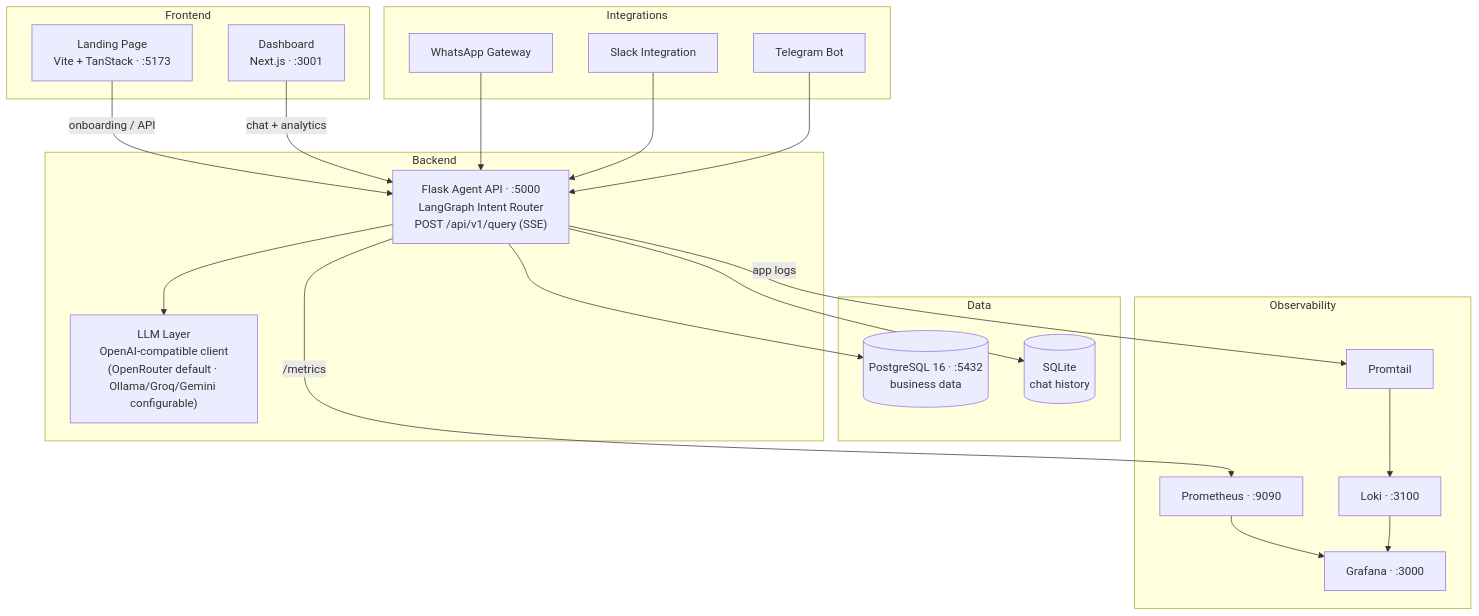
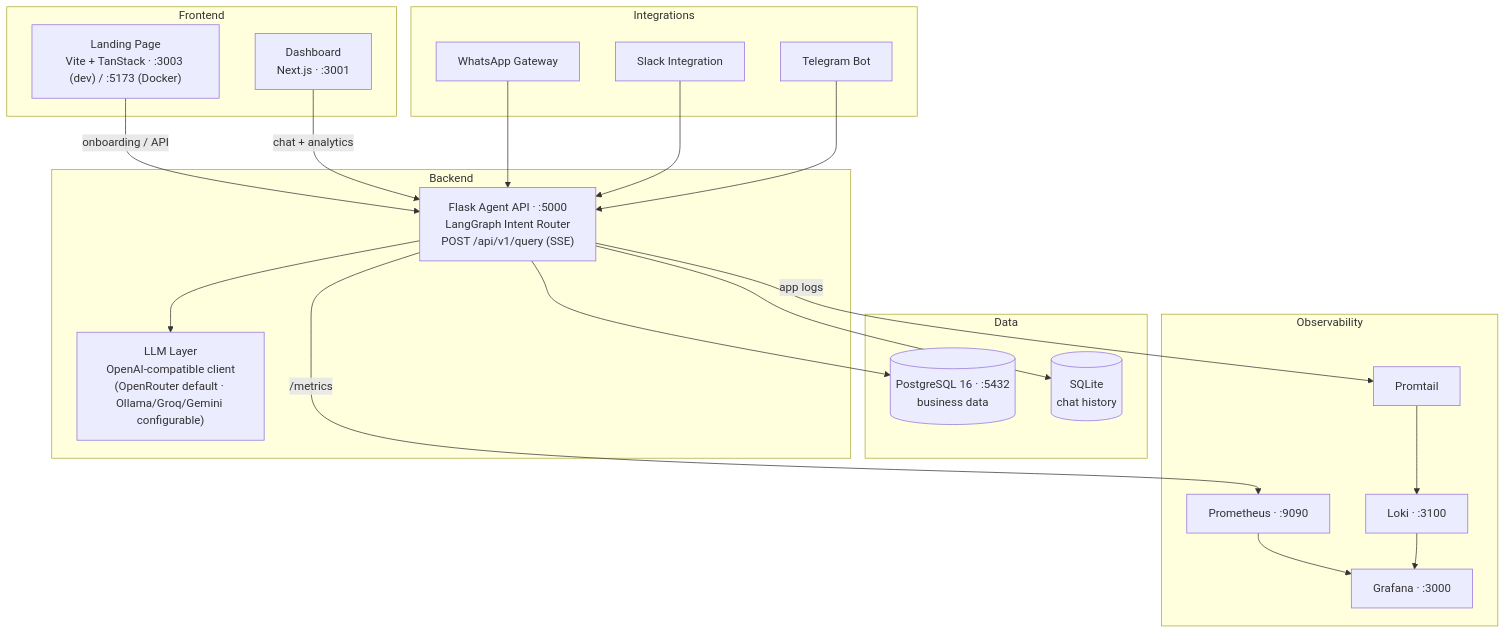
One commit to mohitkumhar/business-ai-agent changed the first of 2 diagrams in docs/ARCHITECTURE.md. Above: the diagram before and after it, drawn with Mermaid. The commit also changed 7 other files, not shown here.

First line of the commit message:
docs: fix incorrect landing page dev port in README and related docs

````diff
--- a/docs/ARCHITECTURE.md
+++ b/docs/ARCHITECTURE.md
@@ -15,45 +15,45 @@
 ```mermaid
 flowchart TD
     subgraph Frontend
-        LP["Landing Page<br/>Vite + TanStack · :5173"]
+        LP["Landing Page<br/>Vite + TanStack · :3003 (dev) / :5173 (Docker)"]
         DASH["Dashboard<br/>Next.js · :3001"]
     end
 
     subgraph Integrations
         WA["WhatsApp Gateway"]
         SL["Slack Integration"]
         TG["Telegram Bot"]
     end
 
     subgraph Backend
         API["Flask Agent API · :5000<br/>LangGraph Intent Router<br/>POST /api/v1/query (SSE)"]
         LLM["LLM Layer<br/>OpenAI-compatible client<br/>(OpenRouter default · Ollama/Groq/Gemini configurable)"]
     end
 
     subgraph Data
         PG[("PostgreSQL 16 · :5432<br/>business data")]
         SQLITE[("SQLite<br/>chat history")]
     end
 
     subgraph Observability
         PROM["Prometheus · :9090"]
         LOKI["Loki · :3100"]
         PT["Promtail"]
         GRAF["Grafana · :3000"]
     end
 
     LP -->|onboarding / API| API
     DASH -->|chat + analytics| API
     WA --> API
     SL --> API
     TG --> API
 
     API --> LLM
     API --> PG
     API --> SQLITE
     API -->|/metrics| PROM
     API -->|app logs| PT
     PT --> LOKI
     PROM --> GRAF
     LOKI --> GRAF
 ```
````
